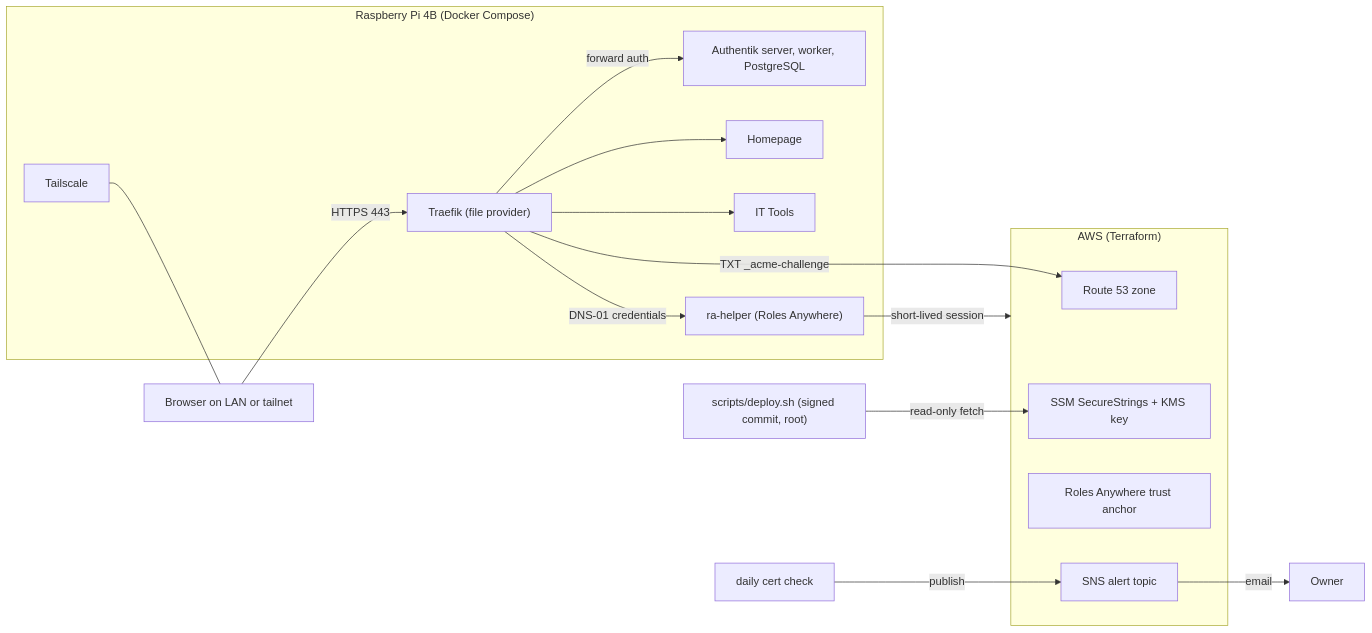
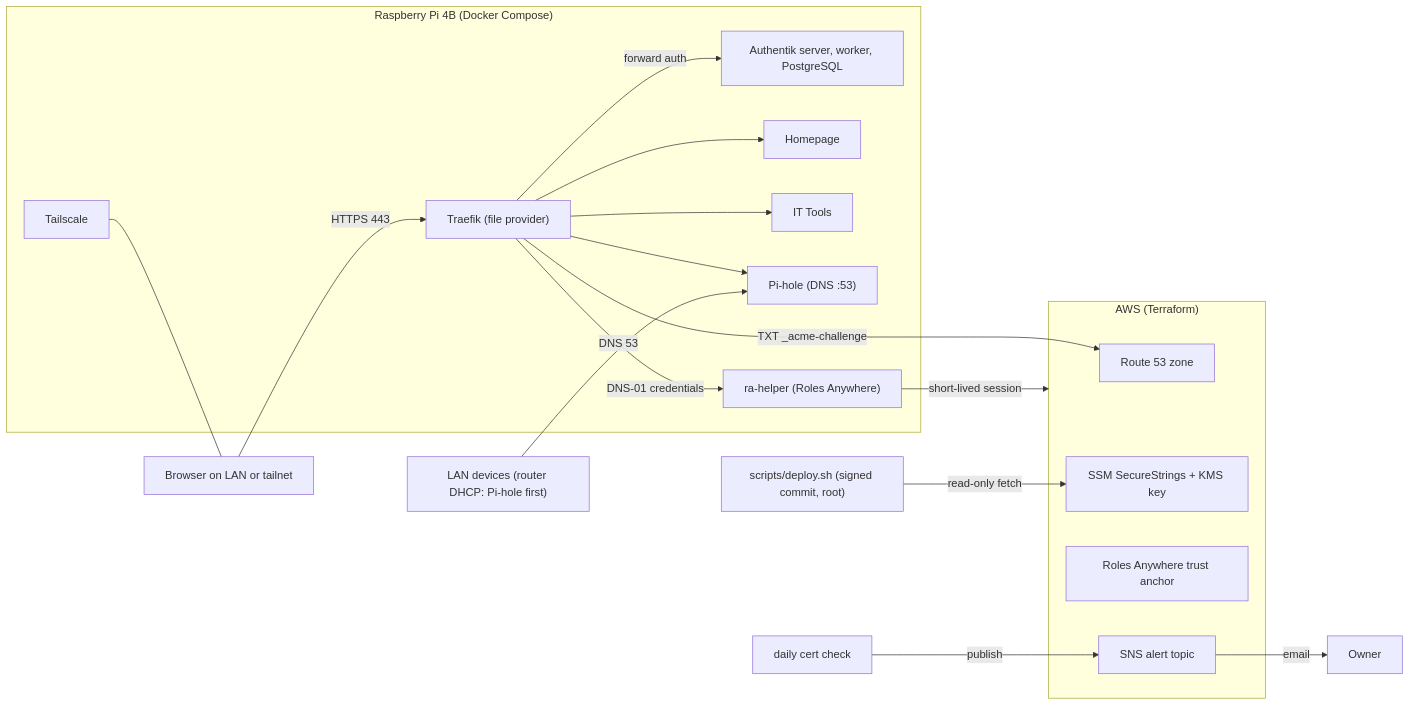
The diagram in README.md (henniefrancis/home-lab), drawn with Mermaid before and after one commit. The commit also changed other lines of this file and 29 other files, not shown here.

````diff
--- a/README.md
+++ b/README.md
@@ -30,28 +30,31 @@
 ```mermaid
 flowchart LR
   user["Browser on LAN or tailnet"] -->|HTTPS 443| traefik
   subgraph Pi["Raspberry Pi 4B (Docker Compose)"]
     traefik["Traefik (file provider)"]
     authentik["Authentik server, worker, PostgreSQL"]
     homepage["Homepage"]
     ittools["IT Tools"]
+    pihole["Pi-hole (DNS :53)"]
     helper["ra-helper (Roles Anywhere)"]
     ts["Tailscale"]
     traefik -->|forward auth| authentik
     traefik --> homepage
     traefik --> ittools
+    traefik --> pihole
     traefik -->|DNS-01 credentials| helper
   end
   helper -->|short-lived session| aws
   subgraph aws["AWS (Terraform)"]
     r53["Route 53 zone"]
     ssm["SSM SecureStrings + KMS key"]
     ra["Roles Anywhere trust anchor"]
     sns["SNS alert topic"]
   end
   traefik -->|TXT _acme-challenge| r53
   deploy["scripts/deploy.sh (signed commit, root)"] -->|read-only fetch| ssm
   alert["daily cert check"] -->|publish| sns
   sns -->|email| owner["Owner"]
   ts --- user
+  lan["LAN devices (router DHCP: Pi-hole first)"] -->|DNS 53| pihole
 ```
````
